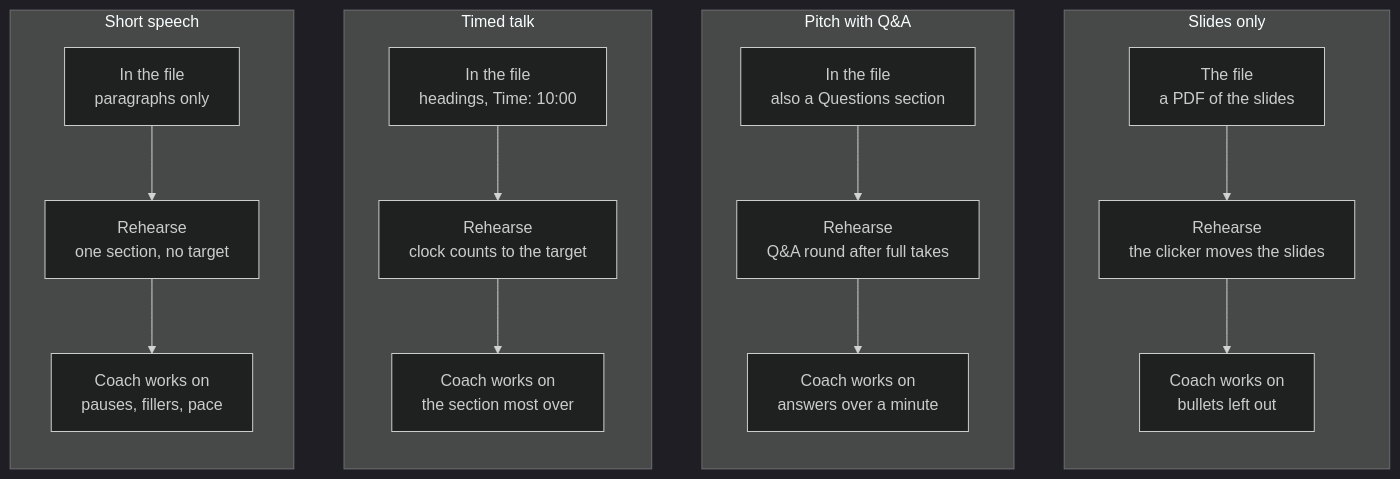
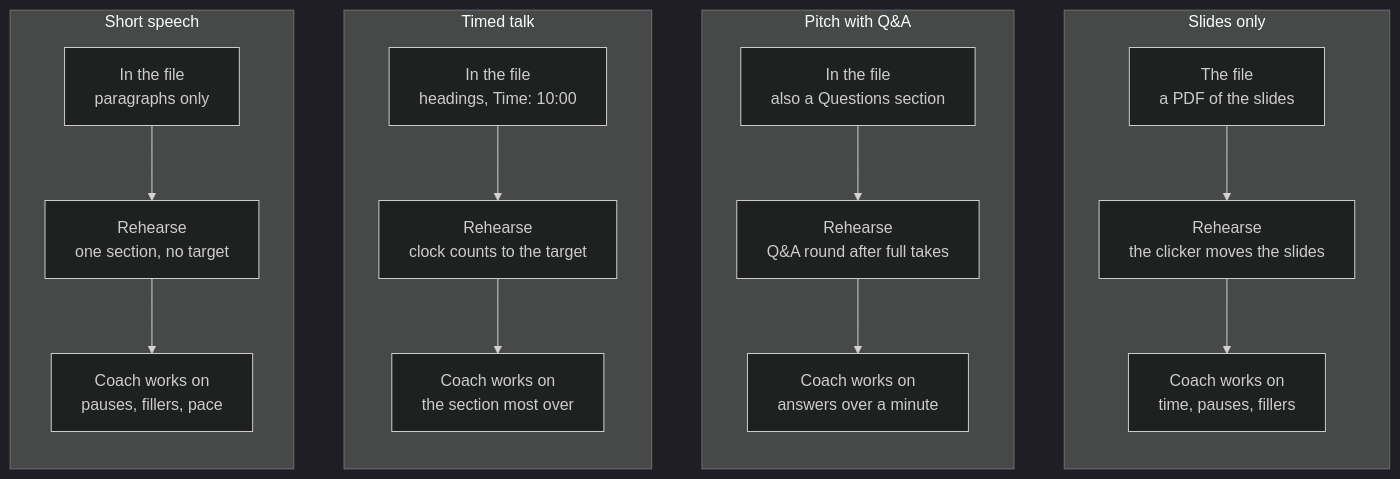
The second of 2 diagrams in README.md (scienseize/Palmcards), drawn with Mermaid (dark theme) before and after one commit. The commit also changed other lines of this file and 18 other files, not shown here.

````diff
--- a/README.md
+++ b/README.md
@@ -31,20 +31,20 @@
 ```mermaid
 flowchart LR
     subgraph speech["Short speech"]
         direction TB
         s1["In the file<br/>paragraphs only"] --> s2["Rehearse<br/>one section, no target"] --> s3["Coach works on<br/>pauses, fillers, pace"]
     end
     subgraph talk["Timed talk"]
         direction TB
         t1["In the file<br/>headings, Time: 10:00"] --> t2["Rehearse<br/>clock counts to the target"] --> t3["Coach works on<br/>the section most over"]
     end
     subgraph pitch["Pitch with Q&A"]
         direction TB
         p1["In the file<br/>also a Questions section"] --> p2["Rehearse<br/>Q&A round after full takes"] --> p3["Coach works on<br/>answers over a minute"]
     end
     subgraph deck["Slides only"]
         direction TB
-        d1["The file<br/>a PDF of the slides"] --> d2["Rehearse<br/>the clicker moves the slides"] --> d3["Coach works on<br/>bullets left out"]
+        d1["The file<br/>a PDF of the slides"] --> d2["Rehearse<br/>the clicker moves the slides"] --> d3["Coach works on<br/>time, pauses, fillers"]
     end
     speech ~~~ talk ~~~ pitch ~~~ deck
 ```
````
